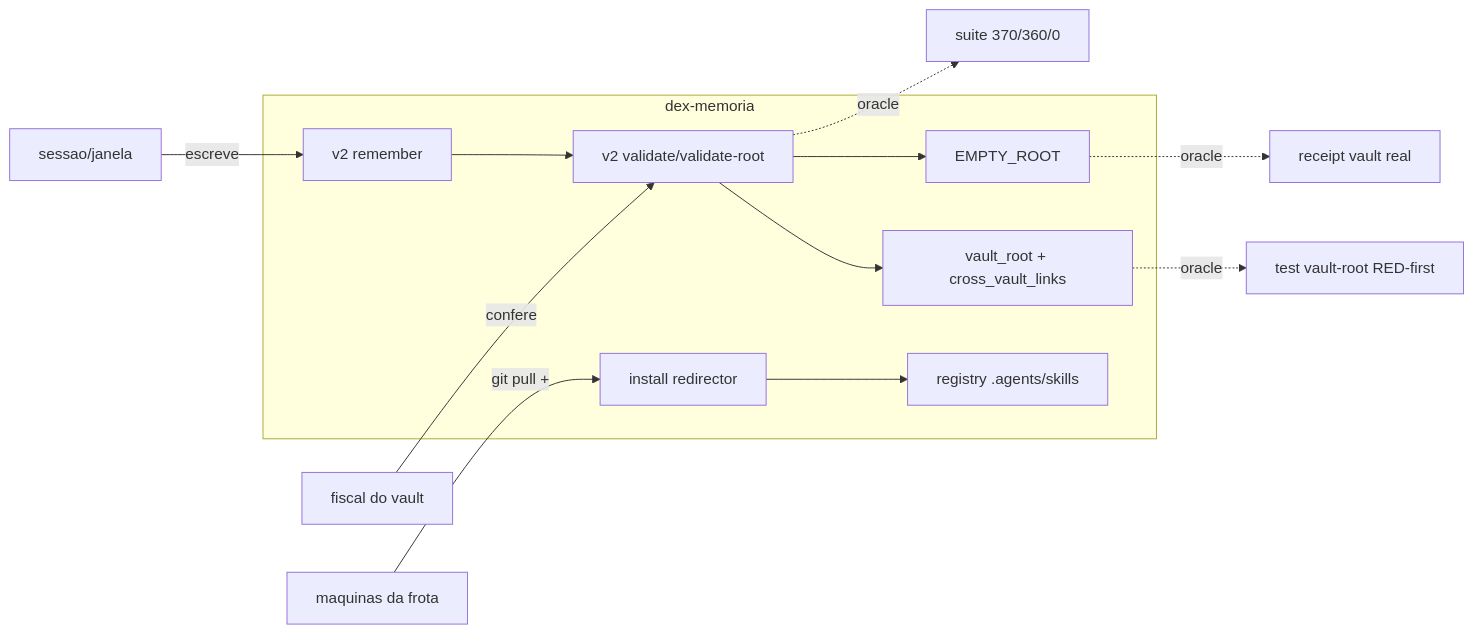
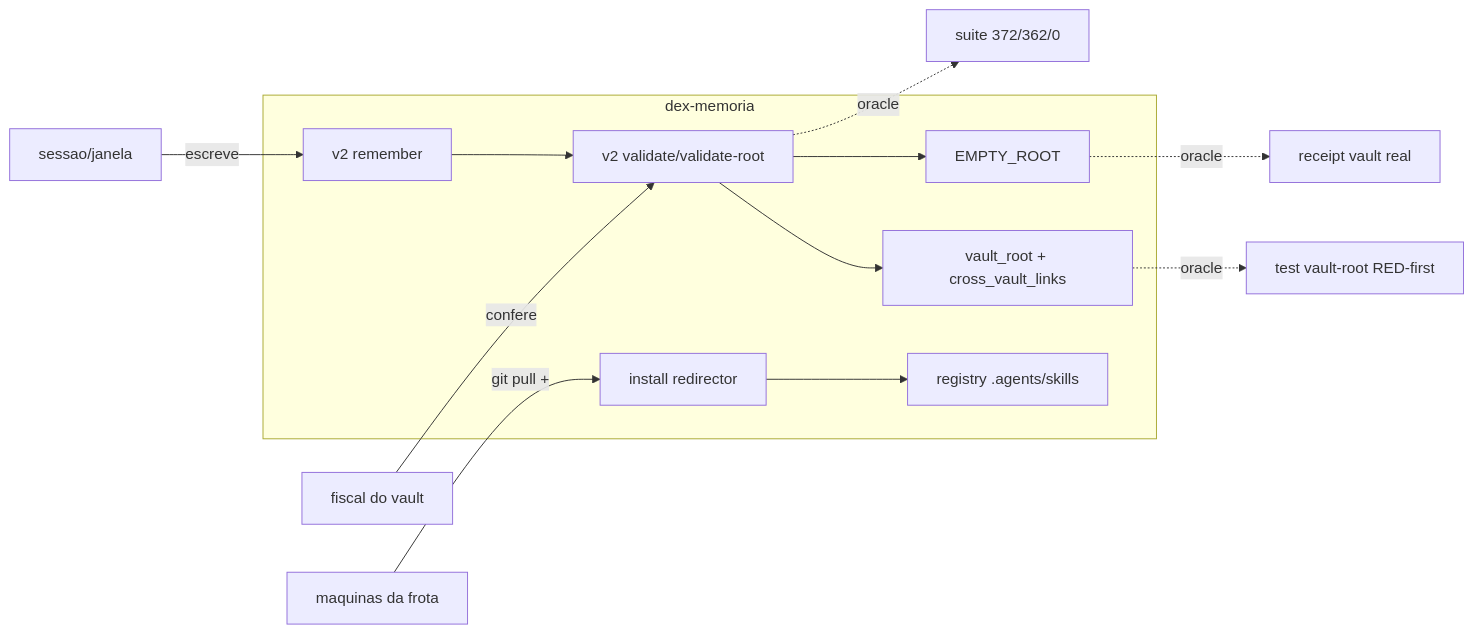
One commit to dex-agent/dex-memoria changed the diagram in CAPACITY.md. Above: the diagram before and after it, drawn with Mermaid. The commit also changed other lines of this file and 13 other files, not shown here.

````diff
--- a/CAPACITY.md
+++ b/CAPACITY.md
@@ -36,15 +36,15 @@
 ```mermaid
 flowchart LR
   subgraph pacote[dex-memoria]
     REM[v2 remember] --> VAL[v2 validate/validate-root]
     VAL --> VR[vault_root + cross_vault_links]
     VAL --> ER[EMPTY_ROOT]
     INS[install redirector] --> REG[registry .agents/skills]
   end
   SESS[sessao/janela] -->|escreve| REM
   FISC[fiscal do vault] -->|confere| VAL
   FROTA[maquinas da frota] -->|git pull +| INS
-  VAL -.->|oracle| TEST[suite 370/360/0]
+  VAL -.->|oracle| TEST[suite 372/362/0]
   VR -.->|oracle| VRT[test vault-root RED-first]
   ER -.->|oracle| REAL[receipt vault real]
 ```
````
